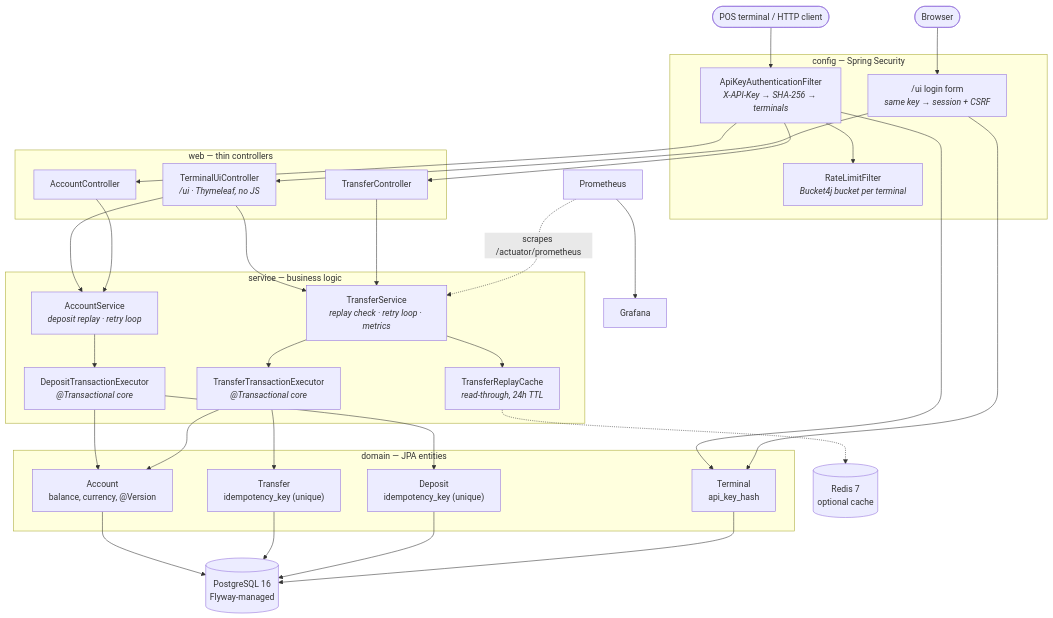
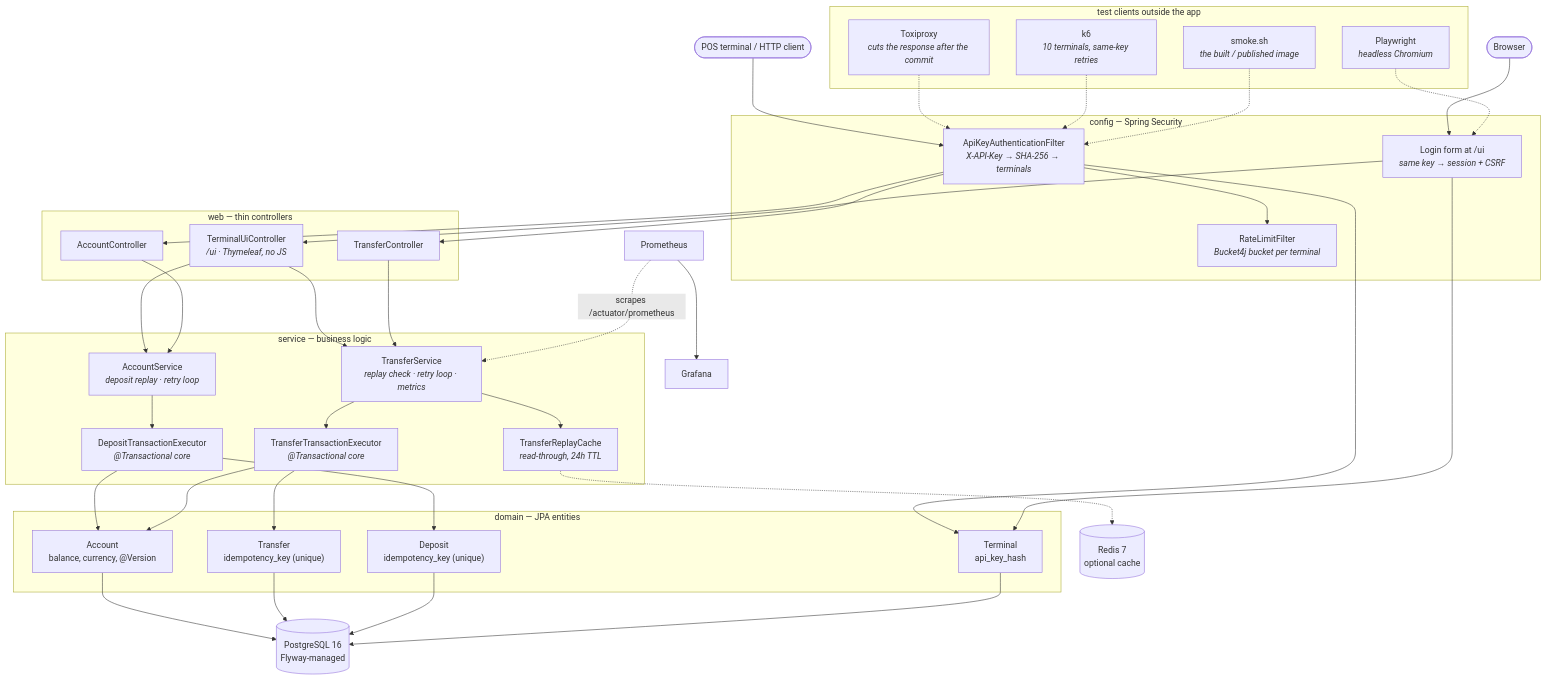
One commit to viache25/transfer-api changed the second of 3 diagrams in README.md. Above: the diagram before and after it, drawn with Mermaid. The commit also changed other lines of this file and 2 other files, not shown here.

First line of the commit message:
docs: final consistency pass after steps 21-23 (#36)

````diff
--- a/README.md
+++ b/README.md
@@ -117,45 +117,54 @@
 ```mermaid
 flowchart TB
     Client([POS terminal / HTTP client])
 
     subgraph security ["config — Spring Security"]
         F["ApiKeyAuthenticationFilter<br/><i>X-API-Key → SHA-256 → terminals</i>"]
         RL["RateLimitFilter<br/><i>Bucket4j bucket per terminal</i>"]
         F --> RL
-        UL["/ui login form<br/><i>same key → session + CSRF</i>"]
+        UL["Login form at /ui<br/><i>same key → session + CSRF</i>"]
     end
 
     subgraph web ["web — thin controllers"]
         AC[AccountController]
         TC[TransferController]
         UI["TerminalUiController<br/><i>/ui · Thymeleaf, no JS</i>"]
     end
 
     subgraph service ["service — business logic"]
         AS["AccountService<br/><i>deposit replay · retry loop</i>"]
         DX["DepositTransactionExecutor<br/><i>@Transactional core</i>"]
         TS["TransferService<br/><i>replay check · retry loop · metrics</i>"]
         TX["TransferTransactionExecutor<br/><i>@Transactional core</i>"]
         RC["TransferReplayCache<br/><i>read-through, 24h TTL</i>"]
     end
 
     subgraph domain ["domain — JPA entities"]
         ACC["Account<br/>balance, currency, @Version"]
         TRF["Transfer<br/>idempotency_key (unique)"]
         DEP["Deposit<br/>idempotency_key (unique)"]
         TER["Terminal<br/>api_key_hash"]
     end
 
     DB[(PostgreSQL 16<br/>Flyway-managed)]
     REDIS[(Redis 7<br/>optional cache)]
     PROM[Prometheus] --> GRAF[Grafana]
 
+    subgraph harness ["test clients outside the app"]
+        TOX["Toxiproxy<br/><i>cuts the response after the commit</i>"]
+        K6["k6<br/><i>10 terminals, same-key retries</i>"]
+        SMK["smoke.sh<br/><i>the built / published image</i>"]
+        PW["Playwright<br/><i>headless Chromium</i>"]
+    end
+
     Client --> F --> AC & TC
     Browser([Browser]) --> UL --> UI --> AS & TS
     AC --> AS --> DX --> ACC & DEP
     TC --> TS --> TX --> ACC & TRF
     TS --> RC -.-> REDIS
     F & UL --> TER
     ACC & TRF & DEP & TER --> DB
     PROM -. scrapes /actuator/prometheus .-> TS
+    TOX & K6 & SMK -.-> F
+    PW -.-> UL
 ```
````
